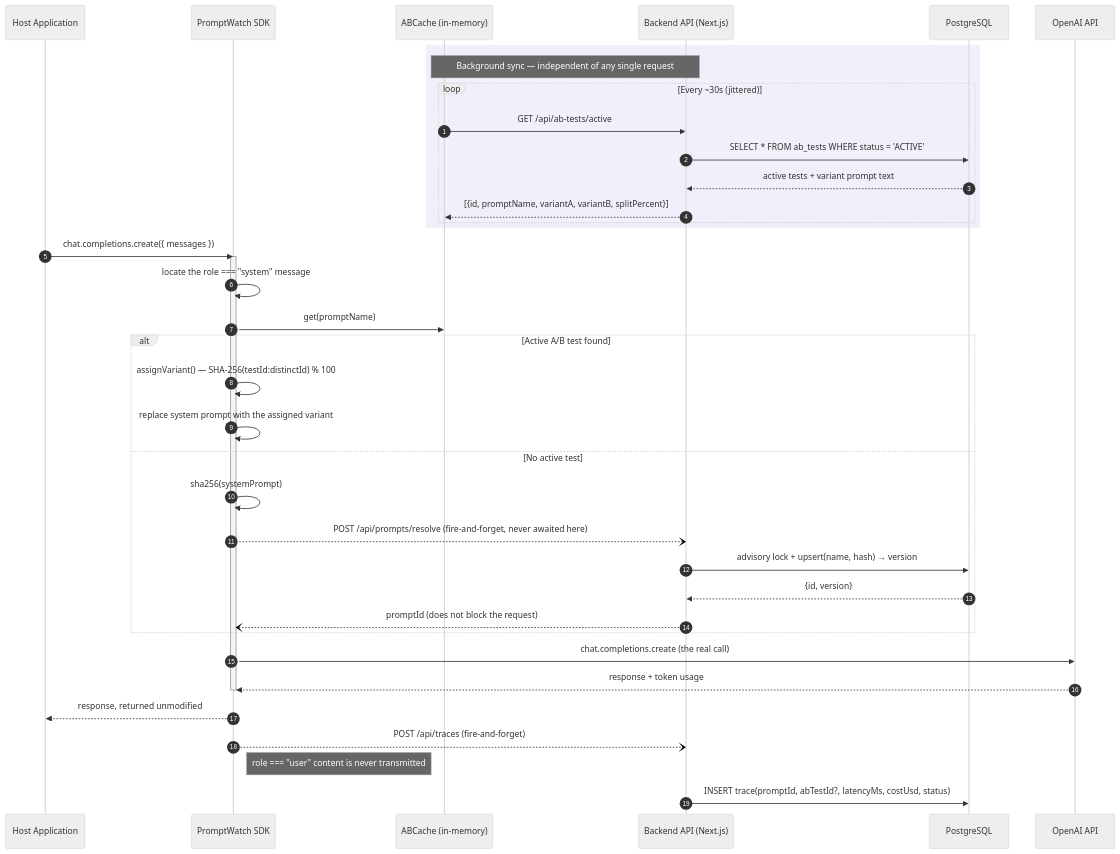
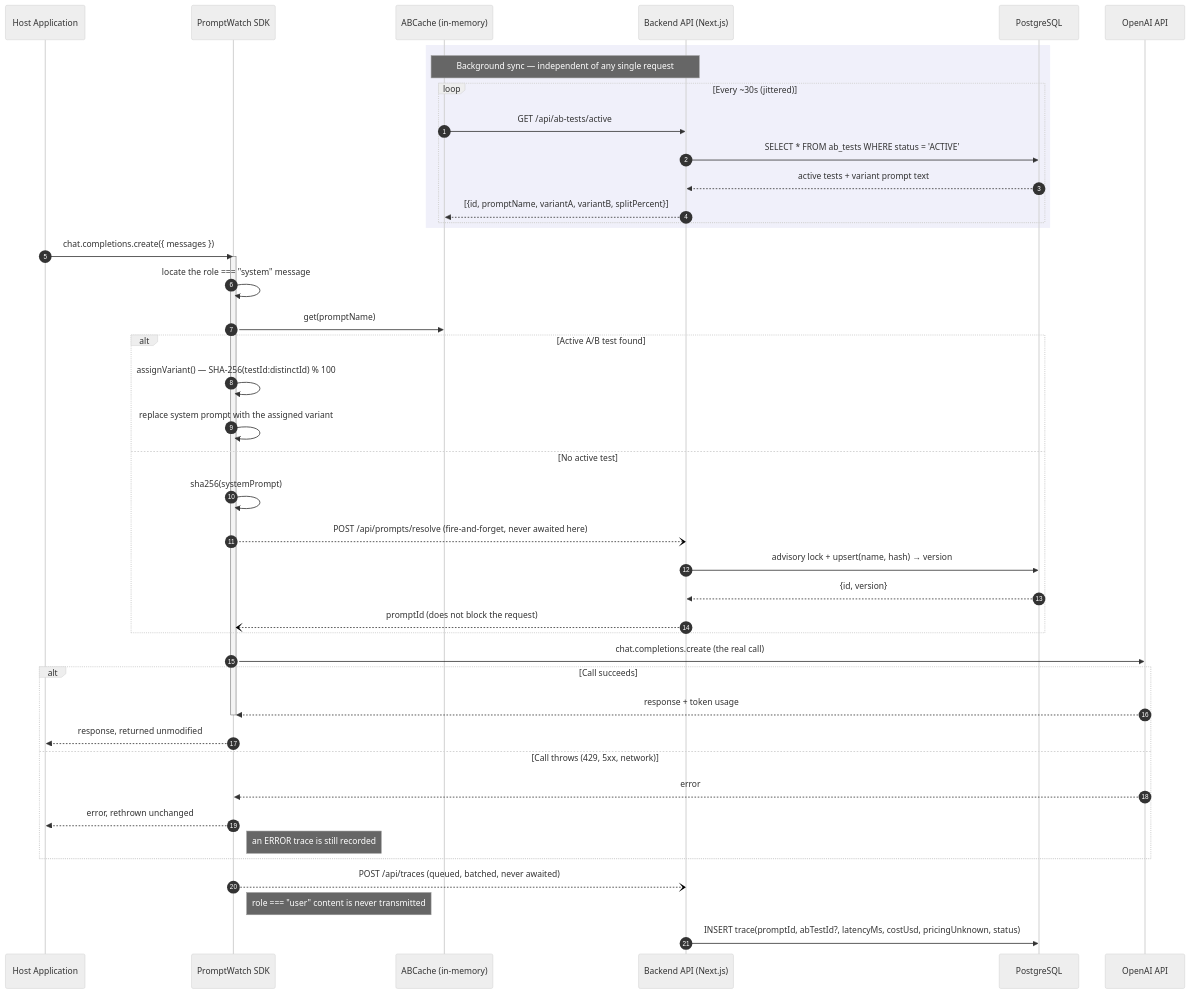
Before and after one commit to sekerderya/prompt-watch: the first of 2 diagrams in README.md, drawn with Mermaid (neutral theme). The commit also changed other lines of this file, not shown here.

````diff
--- a/README.md
+++ b/README.md
@@ -18,45 +69,52 @@
 ```mermaid
 sequenceDiagram
     autonumber
     participant App as Host Application
     participant SDK as PromptWatch SDK
     participant Cache as ABCache (in-memory)
     participant API as Backend API (Next.js)
     participant DB as PostgreSQL
     participant OpenAI as OpenAI API
 
     rect rgb(240, 240, 250)
     Note over Cache,API: Background sync — independent of any single request
     loop Every ~30s (jittered)
         Cache->>API: GET /api/ab-tests/active
         API->>DB: SELECT * FROM ab_tests WHERE status = 'ACTIVE'
         DB-->>API: active tests + variant prompt text
         API-->>Cache: [{id, promptName, variantA, variantB, splitPercent}]
     end
     end
 
     App->>SDK: chat.completions.create({ messages })
     activate SDK
     SDK->>SDK: locate the role === "system" message
     SDK->>Cache: get(promptName)
 
     alt Active A/B test found
         SDK->>SDK: assignVariant() — SHA-256(testId:distinctId) % 100
         SDK->>SDK: replace system prompt with the assigned variant
     else No active test
         SDK->>SDK: sha256(systemPrompt)
         SDK--)API: POST /api/prompts/resolve (fire-and-forget, never awaited here)
         API->>DB: advisory lock + upsert(name, hash) → version
         DB-->>API: {id, version}
         API--)SDK: promptId (does not block the request)
     end
 
     SDK->>OpenAI: chat.completions.create (the real call)
-    OpenAI-->>SDK: response + token usage
-    deactivate SDK
-    SDK-->>App: response, returned unmodified
 
-    SDK--)API: POST /api/traces (fire-and-forget)
+    alt Call succeeds
+        OpenAI-->>SDK: response + token usage
+        deactivate SDK
+        SDK-->>App: response, returned unmodified
+    else Call throws (429, 5xx, network)
+        OpenAI-->>SDK: error
+        SDK-->>App: error, rethrown unchanged
+        Note right of SDK: an ERROR trace is still recorded
+    end
+
+    SDK--)API: POST /api/traces (queued, batched, never awaited)
     Note right of SDK: role === "user" content is never transmitted
-    API->>DB: INSERT trace(promptId, abTestId?, latencyMs, costUsd, status)
+    API->>DB: INSERT trace(promptId, abTestId?, latencyMs, costUsd, pricingUnknown, status)
 ```
````
